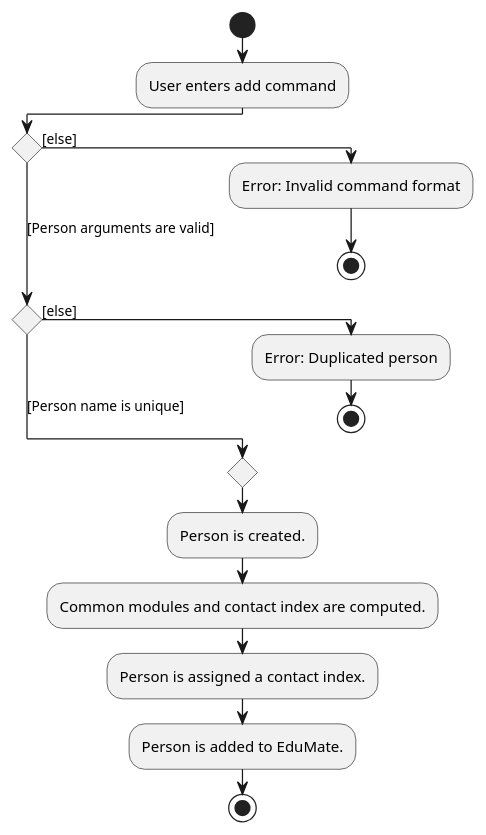
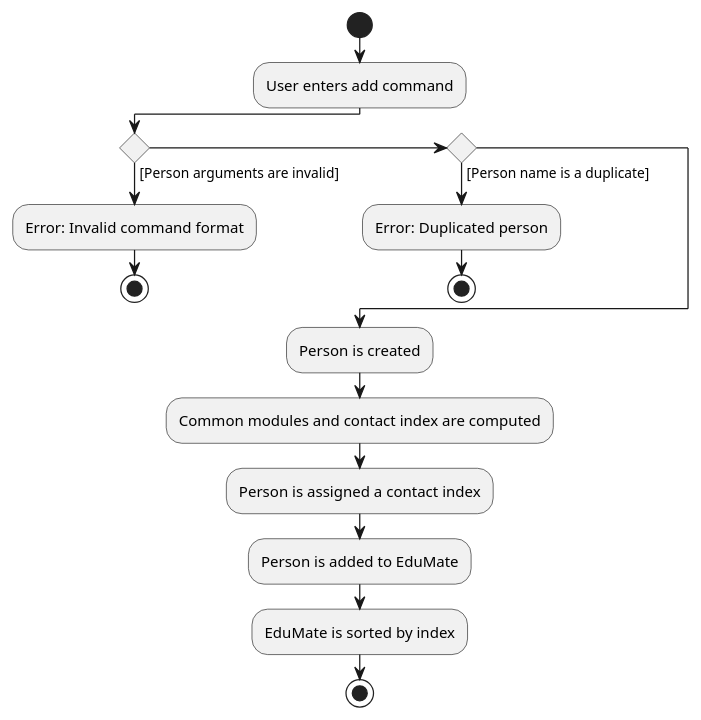
One commit to nus-cs2103-AY2223S2/tp changed the diagram in docs/diagrams/AddActivityDiagram.puml. Above: the diagram before and after it, drawn with PlantUML. The commit also changed 1 other file, not shown here.

```diff
--- a/docs/diagrams/AddActivityDiagram.puml
+++ b/docs/diagrams/AddActivityDiagram.puml
@@ -1,19 +1,19 @@
 @startuml
-!pragma useVerticalIf on
 start
 :User enters add command;
-if () then ([else])
+if () then ([Person arguments are invalid])
   :Error: Invalid command format;
   stop
-([Person arguments are valid]) elseif () then ([else])
+() elseif () then ([Person name is a duplicate])
   :Error: Duplicated person;
   stop
-else ([Person name is unique])
+else ()
 endif
-  :Person is created.;
-  :Common modules and contact index are computed.;
-  :Person is assigned a contact index.;
-  :Person is added to EduMate.;
+  :Person is created;
+  :Common modules and contact index are computed;
+  :Person is assigned a contact index;
+  :Person is added to EduMate;
+  :EduMate is sorted by index;
 stop
 
 @enduml
```
